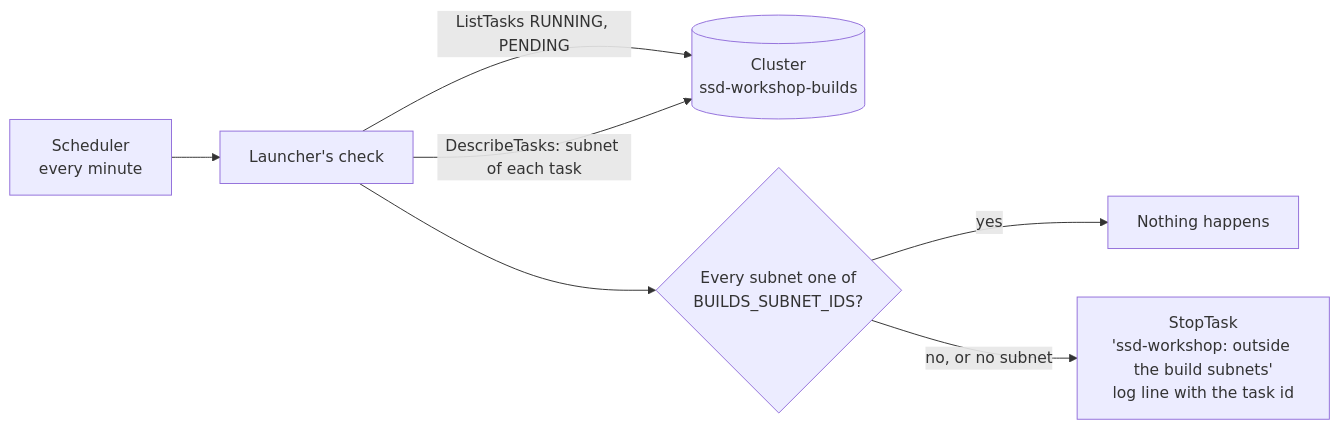
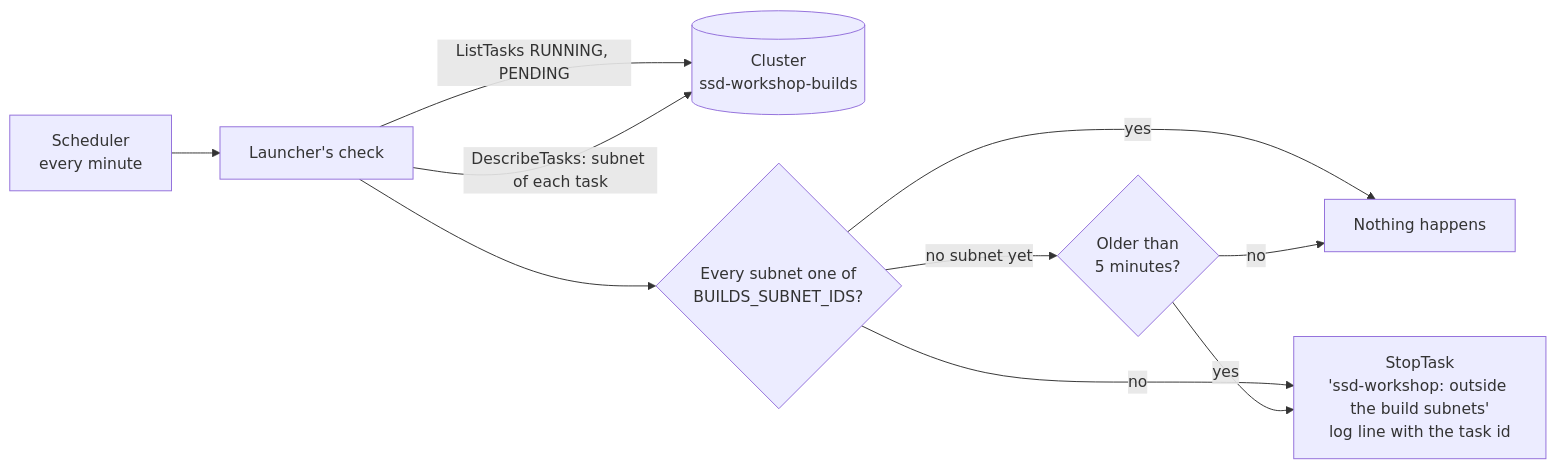
Before and after one commit to kifbv/ssd-workshop: diagram 11 of 14 in infra/README.md, drawn with Mermaid. The commit also changed other lines of this file and 10 other files, not shown here.

````diff
--- a/infra/README.md
+++ b/infra/README.md
@@ -903,9 +903,12 @@
 ```mermaid
 flowchart LR
   sched[Scheduler<br/>every minute] --> check[Launcher's check]
   check -->|ListTasks RUNNING, PENDING| cluster[(Cluster<br/>ssd-workshop-builds)]
   check -->|DescribeTasks: subnet of each task| cluster
   check --> q{Every subnet one of<br/>BUILDS_SUBNET_IDS?}
   q -->|yes| keep[Nothing happens]
-  q -->|no, or no subnet| stop[StopTask<br/>'ssd-workshop: outside the build subnets'<br/>log line with the task id]
+  q -->|no| stop[StopTask<br/>'ssd-workshop: outside the build subnets'<br/>log line with the task id]
+  q -->|no subnet yet| age{Older than<br/>5 minutes?}
+  age -->|no| keep
+  age -->|yes| stop
 ```
````
